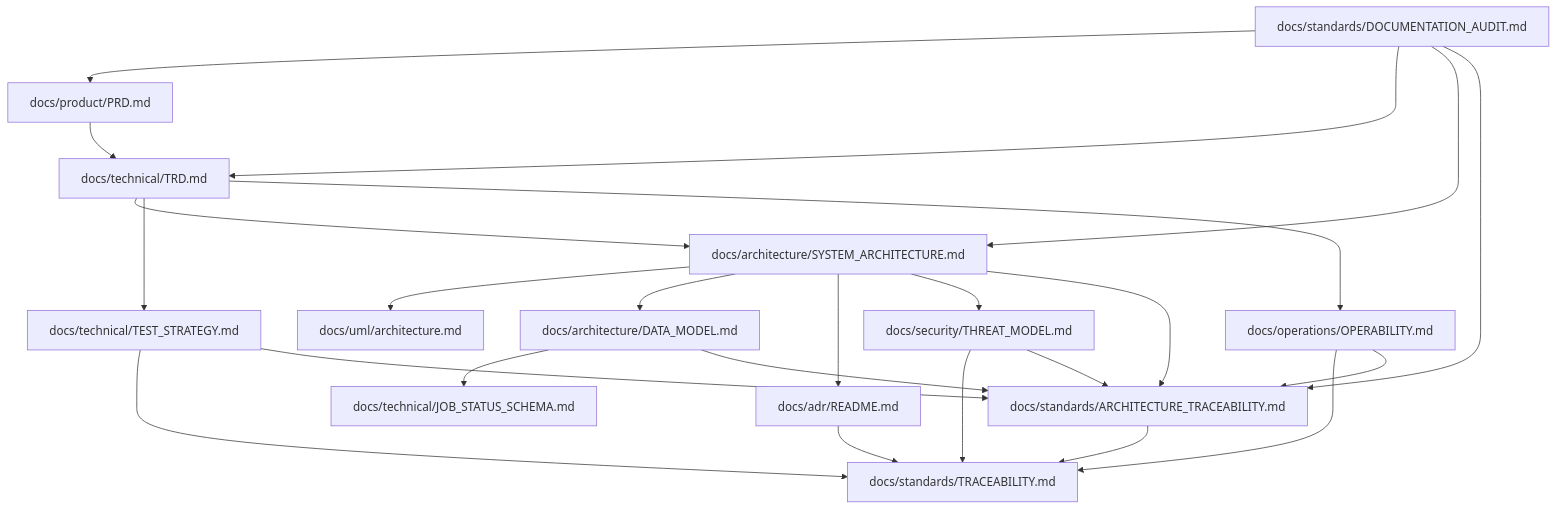
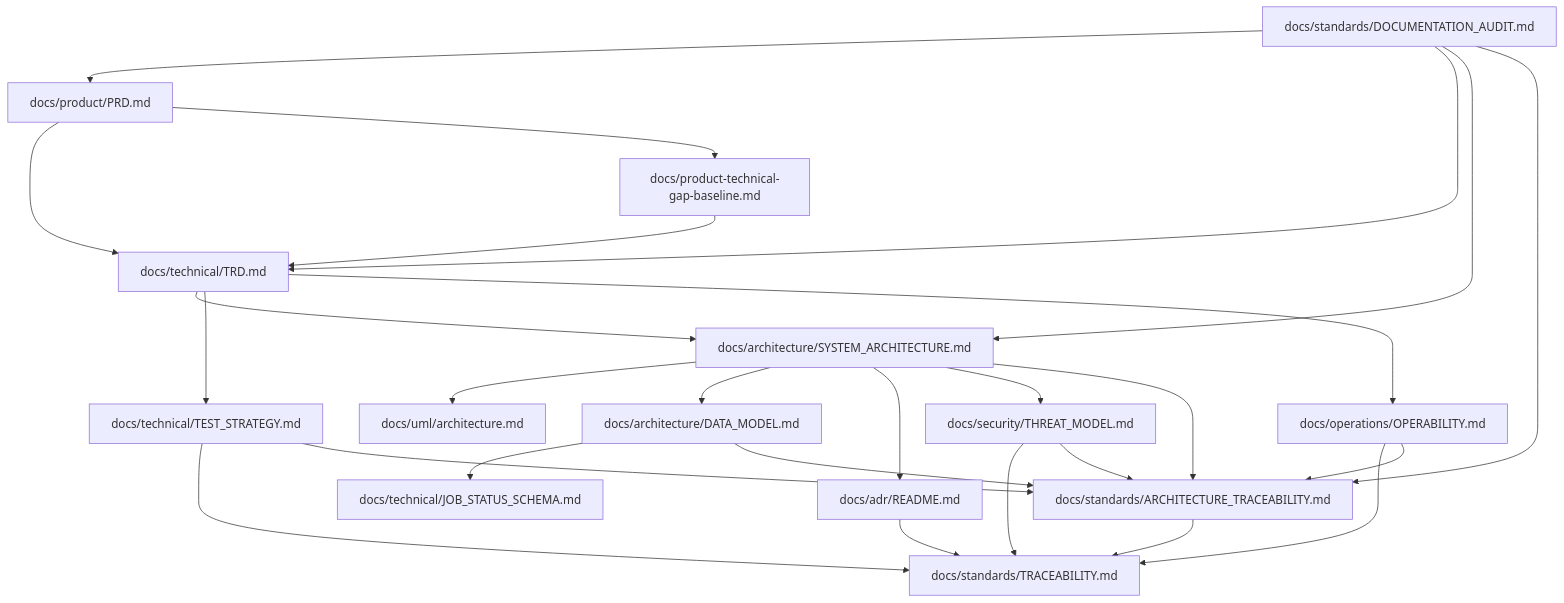
Before and after one commit to ContextualWisdomLab/four-pillars: the diagram in docs/standards/DOCUMENTATION_AUDIT.md, drawn with Mermaid. The commit also changed 7 other files, not shown here.

Commit message:
docs: add product technical gap baseline

````diff
--- a/docs/standards/DOCUMENTATION_AUDIT.md
+++ b/docs/standards/DOCUMENTATION_AUDIT.md
@@ -64,40 +64,43 @@
 ```mermaid
 flowchart TB
     PRD[docs/product/PRD.md]
+    GAP[docs/product-technical-gap-baseline.md]
     TRD[docs/technical/TRD.md]
     ARCH[docs/architecture/SYSTEM_ARCHITECTURE.md]
     UML[docs/uml/architecture.md]
     DATA[docs/architecture/DATA_MODEL.md]
     STATUS[docs/technical/JOB_STATUS_SCHEMA.md]
     ADR[docs/adr/README.md]
     THREAT[docs/security/THREAT_MODEL.md]
     TEST[docs/technical/TEST_STRATEGY.md]
     OPS[docs/operations/OPERABILITY.md]
     TRACE[docs/standards/TRACEABILITY.md]
     ATRACE[docs/standards/ARCHITECTURE_TRACEABILITY.md]
     AUDIT[docs/standards/DOCUMENTATION_AUDIT.md]
 
     PRD --> TRD
+    PRD --> GAP
+    GAP --> TRD
     TRD --> ARCH
     ARCH --> UML
     ARCH --> DATA
     DATA --> STATUS
     ARCH --> ADR
     ARCH --> THREAT
     TRD --> TEST
     TRD --> OPS
     ADR --> TRACE
     THREAT --> TRACE
     TEST --> TRACE
     OPS --> TRACE
     ARCH --> ATRACE
     DATA --> ATRACE
     THREAT --> ATRACE
     TEST --> ATRACE
     OPS --> ATRACE
     ATRACE --> TRACE
     AUDIT --> PRD
     AUDIT --> TRD
     AUDIT --> ARCH
     AUDIT --> ATRACE
 ```
````
